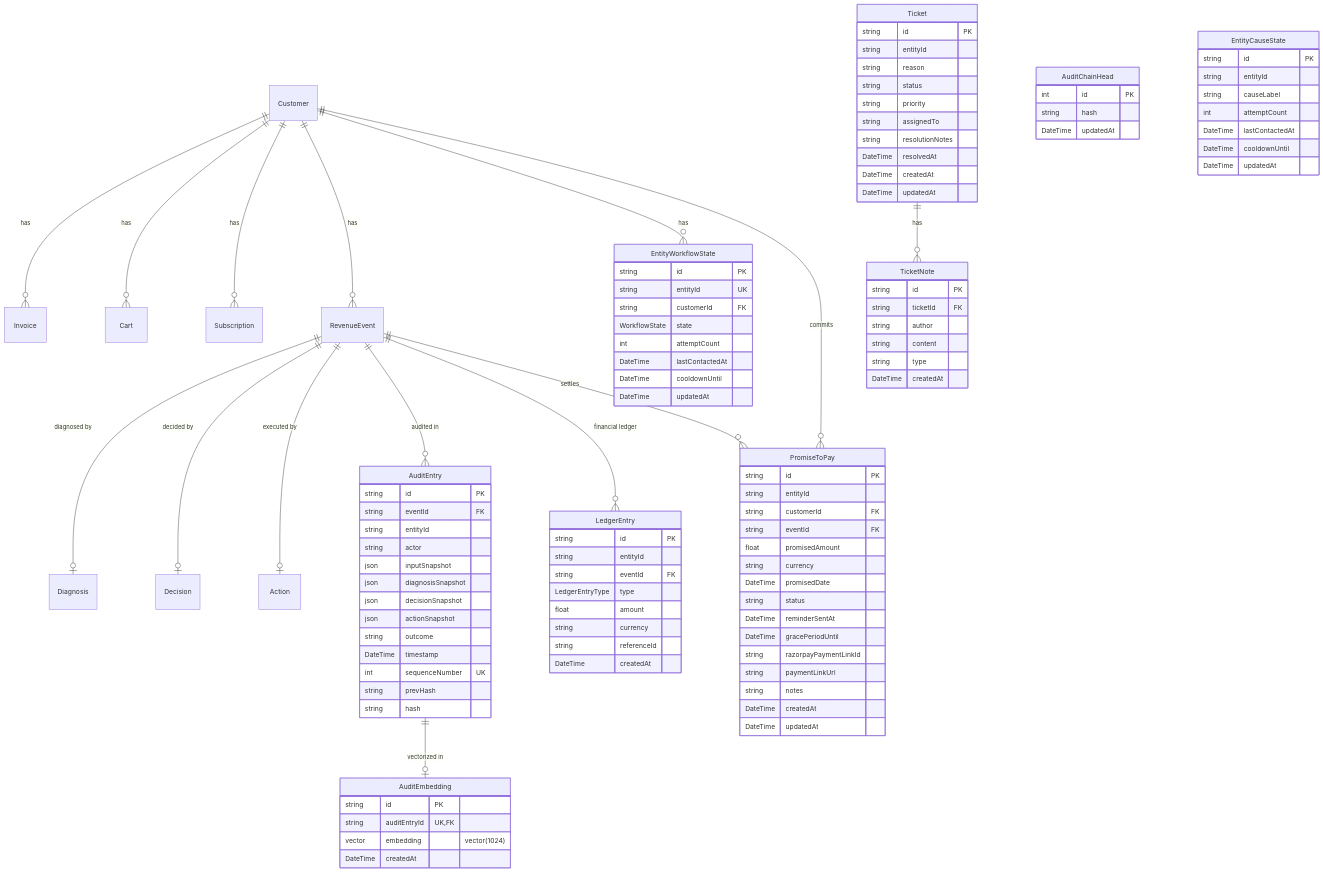
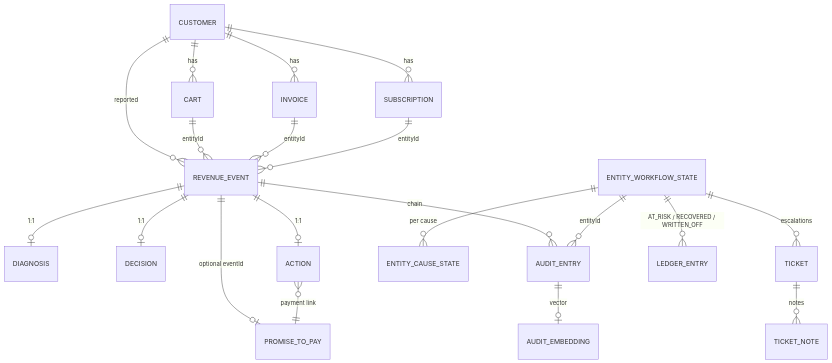
The fourth of 4 diagrams in README.md (basith-ahmed/razor-recovery), drawn with Mermaid before and after one commit. The commit also changed other lines of this file and 4 other files, not shown here.

Commit message:
docs: added architecture documentation

````diff
--- a/README.md
+++ b/README.md
@@ -846,120 +487,22 @@
 ```mermaid
 erDiagram
-    Customer ||--o{ Invoice : "has"
-    Customer ||--o{ Cart : "has"
-    Customer ||--o{ Subscription : "has"
-    Customer ||--o{ RevenueEvent : "has"
-    Customer ||--o{ EntityWorkflowState : "has"
-    Customer ||--o{ PromiseToPay : "commits"
-
-    RevenueEvent ||--o| Diagnosis : "diagnosed by"
-    RevenueEvent ||--o| Decision : "decided by"
-    RevenueEvent ||--o| Action : "executed by"
-    RevenueEvent ||--o{ AuditEntry : "audited in"
-    RevenueEvent ||--o{ LedgerEntry : "financial ledger"
-    RevenueEvent ||--o{ PromiseToPay : "settles"
-
-    AuditEntry ||--o| AuditEmbedding : "vectorized in"
-    Ticket ||--o{ TicketNote : "has"
-
-    AuditEntry {
-        string id PK
-        string eventId FK
-        string entityId
-        string actor
-        json inputSnapshot
-        json diagnosisSnapshot
-        json decisionSnapshot
-        json actionSnapshot
-        string outcome
-        DateTime timestamp
-        int sequenceNumber UK
-        string prevHash
-        string hash
-    }
-
-    AuditEmbedding {
-        string id PK
-        string auditEntryId UK,FK
-        vector embedding "vector(1024)"
-        DateTime createdAt
-    }
-
-    LedgerEntry {
-        string id PK
-        string entityId
-        string eventId FK
-        LedgerEntryType type
-        float amount
-        string currency
-        string referenceId
-        DateTime createdAt
-    }
-
-    AuditChainHead {
-        int id PK
-        string hash
-        DateTime updatedAt
-    }
-
-    EntityWorkflowState {
-        string id PK
-        string entityId UK
-        string customerId FK
-        WorkflowState state
-        int attemptCount
-        DateTime lastContactedAt
-        DateTime cooldownUntil
-        DateTime updatedAt
-    }
-
-    EntityCauseState {
-        string id PK
-        string entityId
-        string causeLabel
-        int attemptCount
-        DateTime lastContactedAt
-        DateTime cooldownUntil
-        DateTime updatedAt
-    }
-
-    Ticket {
-        string id PK
-        string entityId
-        string reason
-        string status
-        string priority
-        string assignedTo
-        string resolutionNotes
-        DateTime resolvedAt
-        DateTime createdAt
-        DateTime updatedAt
-    }
-
-    TicketNote {
-        string id PK
-        string ticketId FK
-        string author
-        string content
-        string type
-        DateTime createdAt
-    }
-
-    PromiseToPay {
-        string id PK
-        string entityId
-        string customerId FK
-        string eventId FK
-        float promisedAmount
-        string currency
-        DateTime promisedDate
-        string status
-        DateTime reminderSentAt
-        DateTime gracePeriodUntil
-        string razorpayPaymentLinkId
-        string paymentLinkUrl
-        string notes
-        DateTime createdAt
-        DateTime updatedAt
-    }
+    CUSTOMER ||--o{ CART : has
+    CUSTOMER ||--o{ INVOICE : has
+    CUSTOMER ||--o{ SUBSCRIPTION : has
+    CUSTOMER ||--o{ REVENUE_EVENT : reported
+    CART ||--o{ REVENUE_EVENT : "entityId"
+    INVOICE ||--o{ REVENUE_EVENT : "entityId"
+    SUBSCRIPTION ||--o{ REVENUE_EVENT : "entityId"
+    REVENUE_EVENT ||--o| DIAGNOSIS : "1:1"
+    REVENUE_EVENT ||--o| DECISION : "1:1"
+    REVENUE_EVENT ||--o| ACTION : "1:1"
+    REVENUE_EVENT ||--o{ AUDIT_ENTRY : "chain"
+    AUDIT_ENTRY ||--o| AUDIT_EMBEDDING : "vector"
+    ENTITY_WORKFLOW_STATE ||--o{ AUDIT_ENTRY : "entityId"
+    ENTITY_WORKFLOW_STATE ||--o{ ENTITY_CAUSE_STATE : "per cause"
+    REVENUE_EVENT ||--o| PROMISE_TO_PAY : "optional eventId"
+    ACTION }o--|| PROMISE_TO_PAY : "payment link"
+    ENTITY_WORKFLOW_STATE ||--o{ TICKET : "escalations"
+    TICKET ||--o{ TICKET_NOTE : "notes"
+    ENTITY_WORKFLOW_STATE ||--o{ LEDGER_ENTRY : "AT_RISK / RECOVERED / WRITTEN_OFF"
 ```
````
